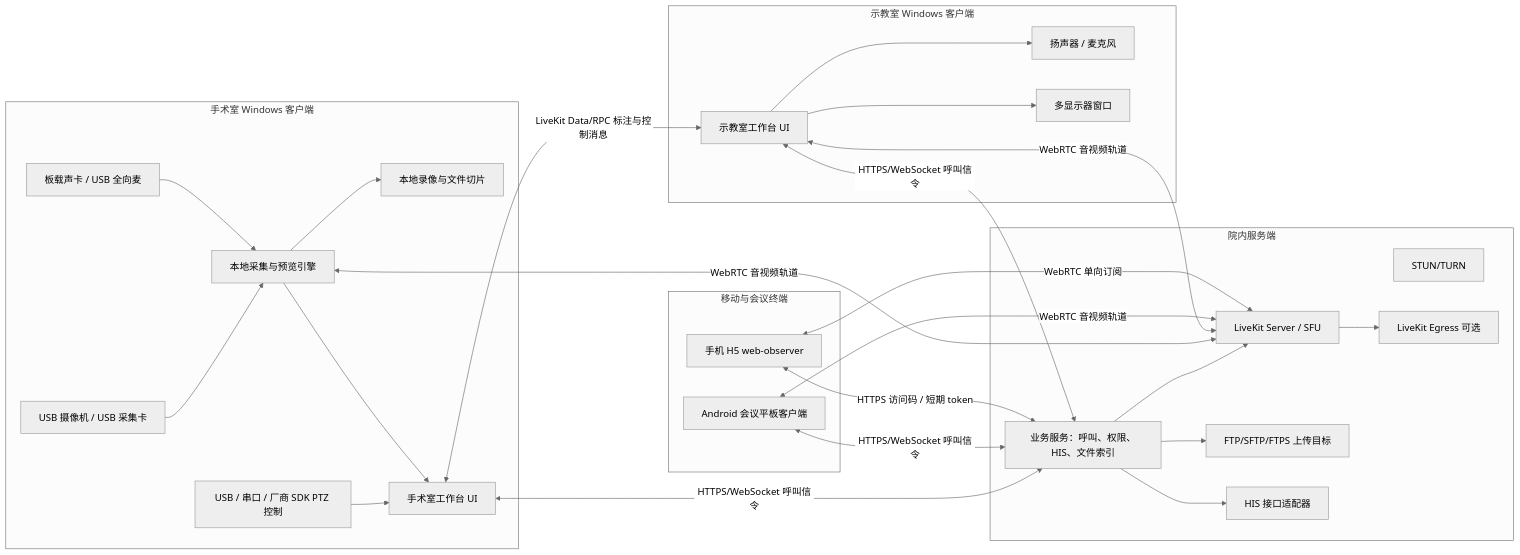
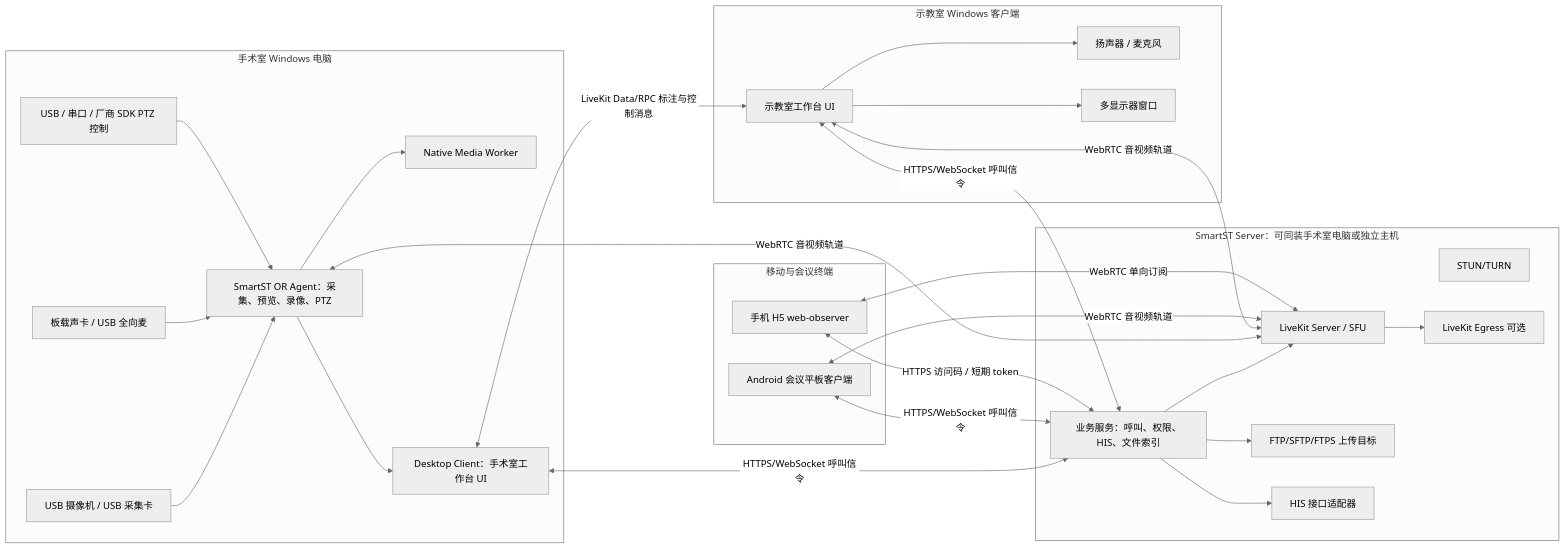
One commit to ticopapa327-dot/smartst-lite changed the first of 3 diagrams in docs/livekit-desktop-surgery-teaching-architecture.md. Above: the diagram before and after it, drawn with Mermaid (neutral theme). The commit also changed other lines of this file and 8 other files, not shown here.

Commit message:
Document split server and OR agent deployment

````diff
--- a/docs/livekit-desktop-surgery-teaching-architecture.md
+++ b/docs/livekit-desktop-surgery-teaching-architecture.md
@@ -19,52 +20,52 @@
 ```mermaid
 flowchart LR
-  subgraph OR["手术室 Windows 客户端"]
+  subgraph OR["手术室 Windows 电脑"]
     UVC["USB 摄像机 / USB 采集卡"]
     PTZ["USB / 串口 / 厂商 SDK PTZ 控制"]
     Mic["板载声卡 / USB 全向麦"]
-    Capture["本地采集与预览引擎"]
-    Recorder["本地录像与文件切片"]
-    ORUI["手术室工作台 UI"]
-    UVC --> Capture
-    Mic --> Capture
-    PTZ --> ORUI
-    Capture --> ORUI
-    Capture --> Recorder
+    Agent["SmartST OR Agent：采集、预览、录像、PTZ"]
+    Worker["Native Media Worker"]
+    ORUI["Desktop Client：手术室工作台 UI"]
+    UVC --> Agent
+    Mic --> Agent
+    PTZ --> Agent
+    Agent --> Worker
+    Agent --> ORUI
   end
 
-  subgraph Server["院内服务端"]
+  subgraph Server["SmartST Server：可同装手术室电脑或独立主机"]
     App["业务服务：呼叫、权限、HIS、文件索引"]
     LK["LiveKit Server / SFU"]
     TURN["STUN/TURN"]
     Egress["LiveKit Egress 可选"]
     FTP["FTP/SFTP/FTPS 上传目标"]
     HIS["HIS 接口适配器"]
     App --> LK
     LK --> Egress
     App --> HIS
     App --> FTP
   end
 
   subgraph Teach["示教室 Windows 客户端"]
     TUI["示教室工作台 UI"]
     Audio["扬声器 / 麦克风"]
     Monitors["多显示器窗口"]
     TUI --> Audio
     TUI --> Monitors
   end
 
   subgraph Mobile["移动与会议终端"]
     Tablet["Android 会议平板客户端"]
     Phone["手机 H5 web-observer"]
   end
 
   ORUI <-->|HTTPS/WebSocket 呼叫信令| App
   TUI <-->|HTTPS/WebSocket 呼叫信令| App
   Tablet <-->|HTTPS/WebSocket 呼叫信令| App
   Phone <-->|HTTPS 访问码 / 短期 token| App
-  Capture <-->|WebRTC 音视频轨道| LK
+  Agent <-->|WebRTC 音视频轨道| LK
   TUI <-->|WebRTC 音视频轨道| LK
   Tablet <-->|WebRTC 音视频轨道| LK
   Phone <-->|WebRTC 单向订阅| LK
   ORUI <-->|LiveKit Data/RPC 标注与控制消息| TUI
 ```
````
